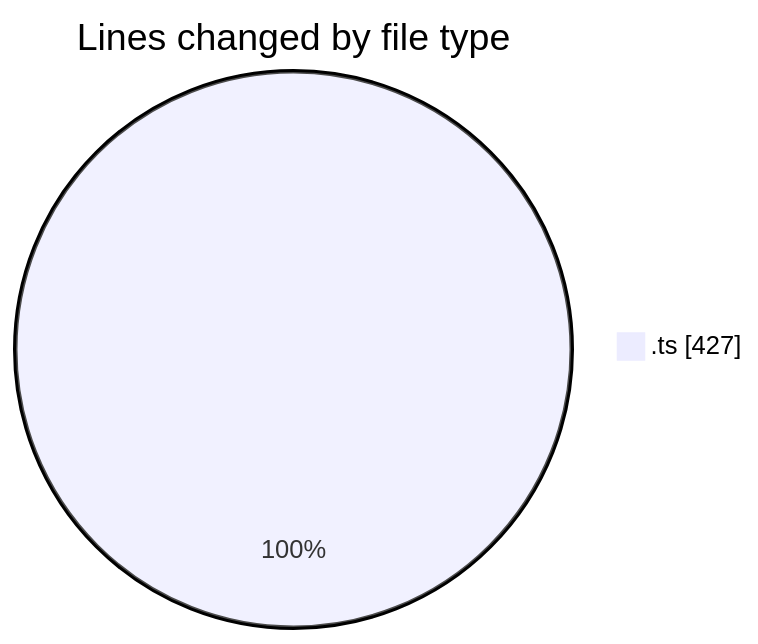
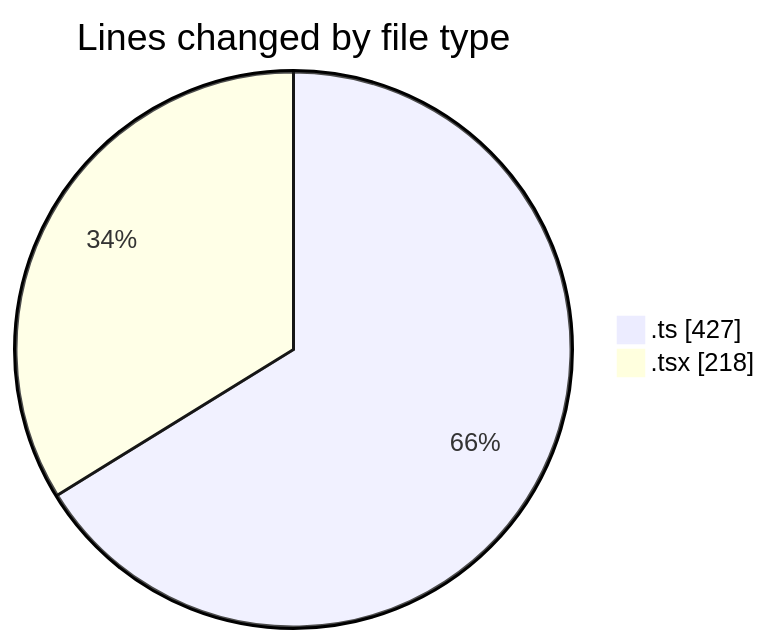
The first of 2 diagrams in 2026-03-11/nxtqube_webapp/README.md (nxtqubesakshisongat/code-tracking), drawn with Mermaid before and after one commit. The commit also changed other lines of this file and 1 other file, not shown here.

````diff
--- a/2026-03-11/nxtqube_webapp/README.md
+++ b/2026-03-11/nxtqube_webapp/README.md
@@ -20,5 +21,6 @@
 ```mermaid
 pie showData
 title Lines changed by file type
 ".ts" : 427
+".tsx" : 218
 ```
````
